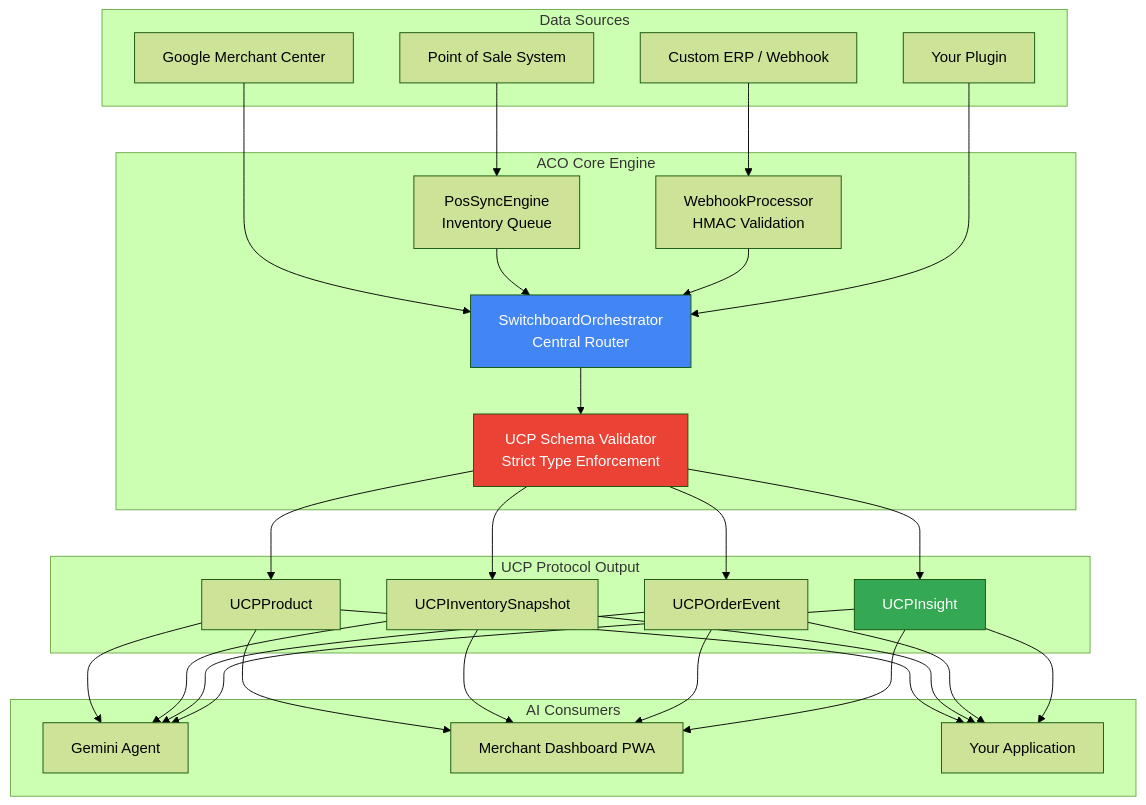
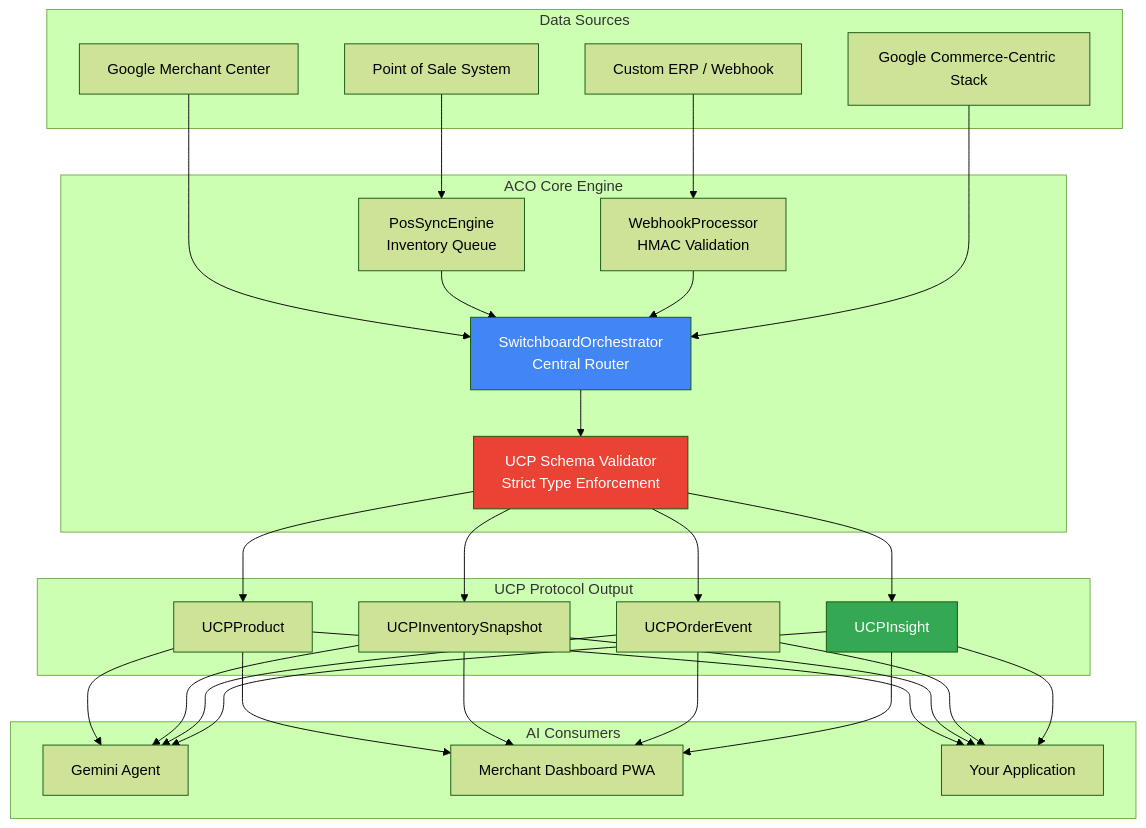
The diagram in README.md (goofre-opensource/agentic_commerce_orchestrator_ACO), drawn with Mermaid (forest theme) before and after one commit.

Commit message:
docs: update diagram node D to Google Commerce-Centric Stack

````diff
--- a/README.md
+++ b/README.md
@@ -101,41 +101,41 @@
 ```mermaid
 graph TB
     subgraph "Data Sources"
         A[Google Merchant Center]
         B[Point of Sale System]
         C[Custom ERP / Webhook]
-        D[Your Plugin]
+        D[Google Commerce-Centric Stack]
     end
 
     subgraph "ACO Core Engine"
         E[WebhookProcessor<br/>HMAC Validation]
         F[SwitchboardOrchestrator<br/>Central Router]
         G[PosSyncEngine<br/>Inventory Queue]
         H[UCP Schema Validator<br/>Strict Type Enforcement]
     end
 
     subgraph "UCP Protocol Output"
         I[UCPProduct]
         J[UCPInventorySnapshot]
         K[UCPOrderEvent]
         L[UCPInsight]
     end
 
     subgraph "AI Consumers"
         M[Gemini Agent]
         N[Merchant Dashboard PWA]
         O[Your Application]
     end
 
     A --> F
     B --> G --> F
     C --> E --> F
     D --> F
     F --> H
     H --> I & J & K & L
     I & J & K & L --> M & N & O
 
     style F fill:#4285F4,color:#fff
     style H fill:#EA4335,color:#fff
     style L fill:#34A853,color:#fff
 ```
````
